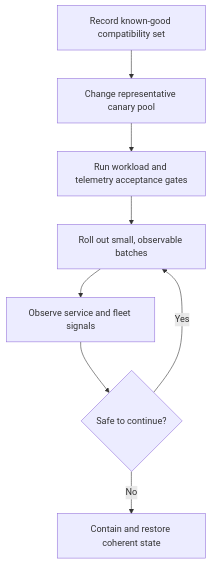
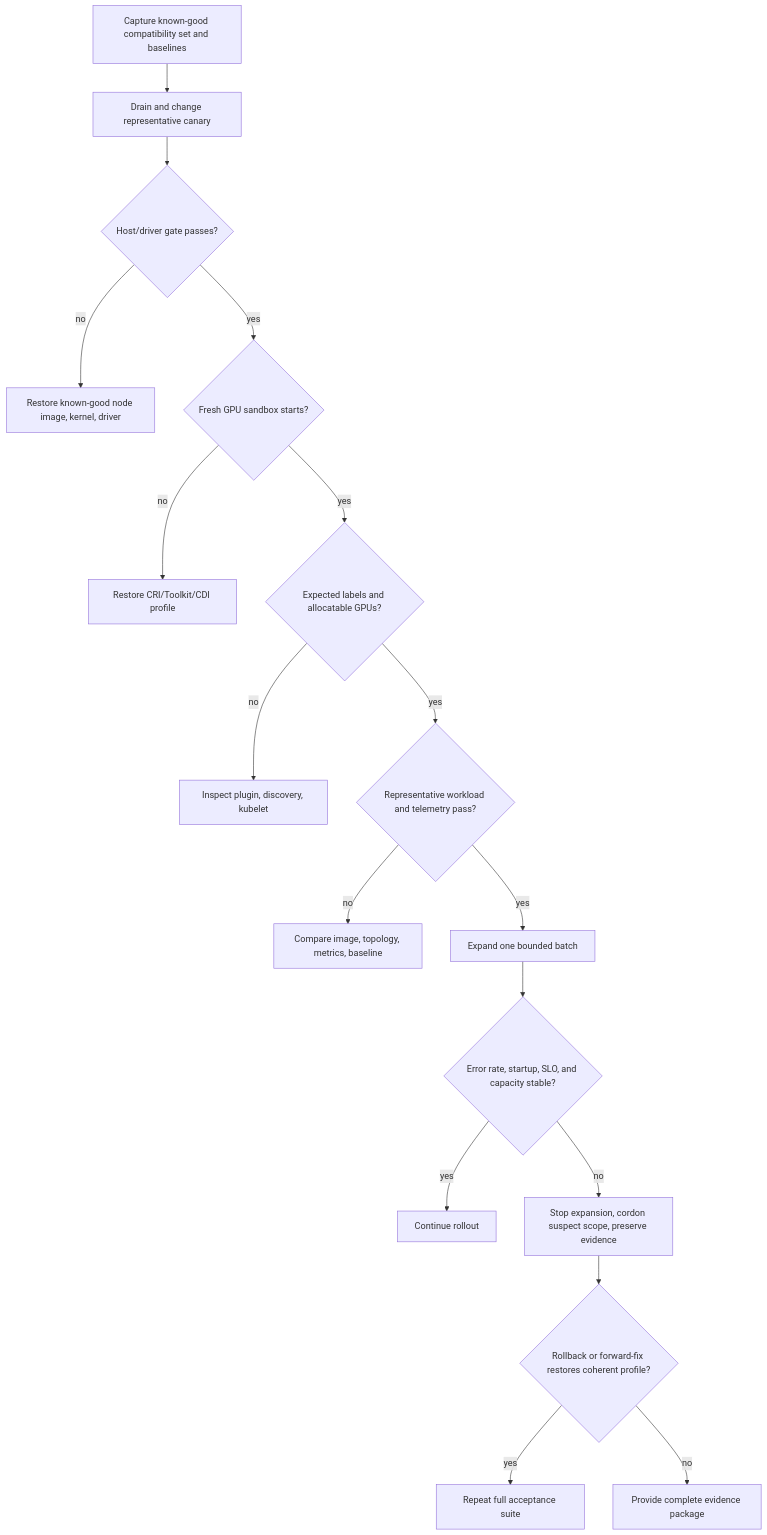
One commit to jithinpnjm/nvidia-devops changed the diagram in docs/nvidia-zero-to-hero/volume-10/chapter-11-upgrades-and-production-troubleshooting.md. Above: the diagram before and after it, drawn with Mermaid. The commit also changed other lines of this file, not shown here.

Commit message:
docs(volume-10): deepen upgrade and incident evidence

````diff
--- a/docs/nvidia-zero-to-hero/volume-10/chapter-11-upgrades-and-production-troubleshooting.md
+++ b/docs/nvidia-zero-to-hero/volume-10/chapter-11-upgrades-and-production-troubleshooting.md
@@ -20,10 +20,19 @@
 ```mermaid
 flowchart TD
-    Inventory[Record known-good compatibility set] --> Canary[Change representative canary pool]
-    Canary --> Gate[Run workload and telemetry acceptance gates]
-    Gate --> Rollout[Roll out small, observable batches]
-    Rollout --> Observe[Observe service and fleet signals]
-    Observe --> Decision{Safe to continue?}
-    Decision -->|Yes| Rollout
-    Decision -->|No| Recover[Contain and restore coherent state]
+    Inventory[Capture known-good compatibility set and baselines] --> Canary[Drain and change representative canary]
+    Canary --> Host{Host/driver gate passes?}
+    Host -->|no| HostRollback[Restore known-good node image, kernel, driver]
+    Host -->|yes| Runtime{Fresh GPU sandbox starts?}
+    Runtime -->|no| RuntimeRollback[Restore CRI/Toolkit/CDI profile]
+    Runtime -->|yes| Resource{Expected labels and allocatable GPUs?}
+    Resource -->|no| ResourceFix[Inspect plugin, discovery, kubelet]
+    Resource -->|yes| Workload{Representative workload and telemetry pass?}
+    Workload -->|no| WorkloadFix[Compare image, topology, metrics, baseline]
+    Workload -->|yes| Batch[Expand one bounded batch]
+    Batch --> Observe{Error rate, startup, SLO, and capacity stable?}
+    Observe -->|yes| Continue[Continue rollout]
+    Observe -->|no| Contain[Stop expansion, cordon suspect scope, preserve evidence]
+    Contain --> Recover{Rollback or forward-fix restores coherent profile?}
+    Recover -->|yes| Verify[Repeat full acceptance suite]
+    Recover -->|no| Escalate[Provide complete evidence package]
 ```
````
